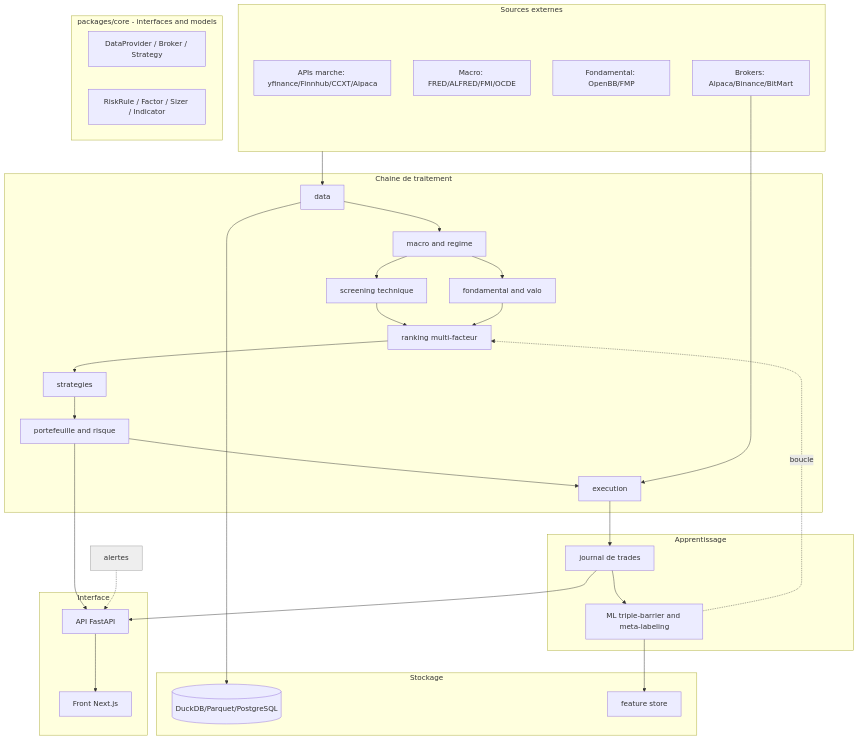
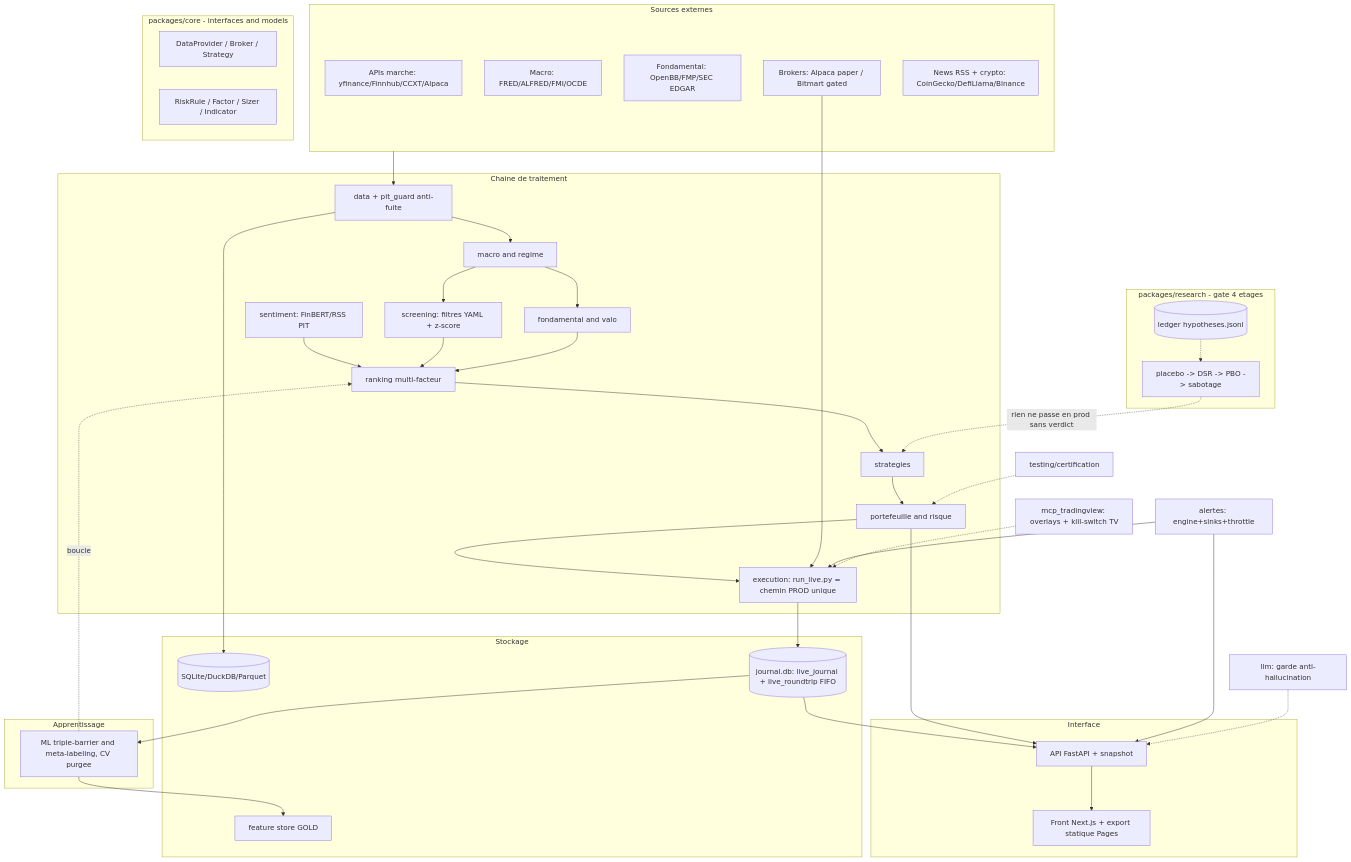
One commit to 7noctis7/Screening-Trading changed the first of 2 diagrams in vault/01_ARCHITECTURE.md. Above: the diagram before and after it, drawn with Mermaid. The commit also changed other lines of this file and 38 other files, not shown here.

````diff
--- a/vault/01_ARCHITECTURE.md
+++ b/vault/01_ARCHITECTURE.md
@@ -22,43 +22,55 @@
 ```mermaid
 graph TD
   subgraph EXT[Sources externes]
     A1[APIs marche: yfinance/Finnhub/CCXT/Alpaca]
     A2[Macro: FRED/ALFRED/FMI/OCDE]
-    A3[Fondamental: OpenBB/FMP]
-    A4[Brokers: Alpaca/Binance/BitMart]
+    A3[Fondamental: OpenBB/FMP/SEC EDGAR]
+    A4[Brokers: Alpaca paper / Bitmart gated]
+    A5[News RSS + crypto: CoinGecko/DefiLlama/Binance]
   end
   subgraph CORE[packages/core - interfaces and models]
     C1[DataProvider / Broker / Strategy]
     C2[RiskRule / Factor / Sizer / Indicator]
   end
   subgraph PIPE[Chaine de traitement]
-    D[data] --> R[macro and regime]
-    R --> S[screening technique]
+    D[data + pit_guard anti-fuite] --> R[macro and regime]
+    R --> S[screening: filtres YAML + z-score]
     R --> F[fondamental and valo]
+    SENT[sentiment: FinBERT/RSS PIT] --> K
     S --> K[ranking multi-facteur]
     F --> K
     K --> ST[strategies]
     ST --> PF[portefeuille and risque]
-    PF --> EX[execution]
+    PF --> EX[execution: run_live.py = chemin PROD unique]
+  end
+  subgraph RESEARCH[packages/research - gate 4 etages]
+    GATE[placebo -> DSR -> PBO -> sabotage]
+    LEDGER[(ledger hypotheses.jsonl)]
+    LEDGER -.-> GATE
   end
   subgraph STORE[Stockage]
-    DB[(DuckDB/Parquet/PostgreSQL)]
-    FS[feature store]
+    DB[(SQLite/DuckDB/Parquet)]
+    FS[feature store GOLD]
+    JRNL[(journal.db: live_journal + live_roundtrip FIFO)]
   end
   subgraph LEARN[Apprentissage]
-    J[journal de trades] --> ML[ML triple-barrier and meta-labeling]
+    JRNL --> ML[ML triple-barrier and meta-labeling, CV purgee]
     ML -. boucle .-> K
   end
   subgraph APP[Interface]
-    API[API FastAPI] --> WEB[Front Next.js]
+    API[API FastAPI + snapshot] --> WEB[Front Next.js + export statique Pages]
   end
   EXT --> D
   A4 --> EX
-  EX --> J
+  EX --> JRNL
   D --> DB
   ML --> FS
   PF --> API
-  J --> API
-  ALERTS[alertes]:::x -.-> API
-  classDef x fill:#eee,stroke:#999;
+  JRNL --> API
+  GATE -. rien ne passe en prod sans verdict .-> ST
+  ALERTS[alertes: engine+sinks+throttle] --> EX
+  ALERTS --> API
+  LLMG[llm: garde anti-hallucination] -.-> API
+  MCPTV[mcp_tradingview: overlays + kill-switch TV] -.-> EX
+  CERT[testing/certification] -.-> PF
 ```
````
